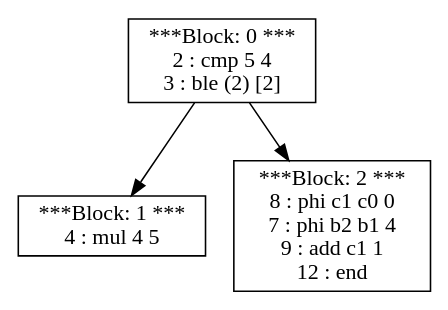
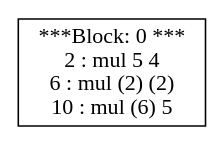
One commit to vigneshjathavara/PL241-Compiler changed the diagram in src/Display/domTreeDotOutput.gv. Above: the diagram before and after it, drawn with Graphviz. The commit also changed 14 other files, not shown here.

```diff
--- a/src/Display/domTreeDotOutput.gv
+++ b/src/Display/domTreeDotOutput.gv
@@ -1,8 +1,4 @@
 digraph structs {
-0 [shape=record,label="***Block: 0 ***\n2 : cmp 5 4 \n3 : ble (2) [2]\n"]
-1 [shape=record,label="***Block: 1 ***\n4 : mul 4 5 \n"]
-2 [shape=record,label="***Block: 2 ***\n8 : phi c1 c0 0 \n7 : phi b2 b1 4 \n9 : add c1 1 \n12 : end \n"]
-0 -> 1;
-0 -> 2;
+0 [shape=record,label="***Block: 0 ***\n2 : mul 5 4 \n6 : mul (2) (2) \n10 : mul (6) 5 \n"]
 
 }
```
